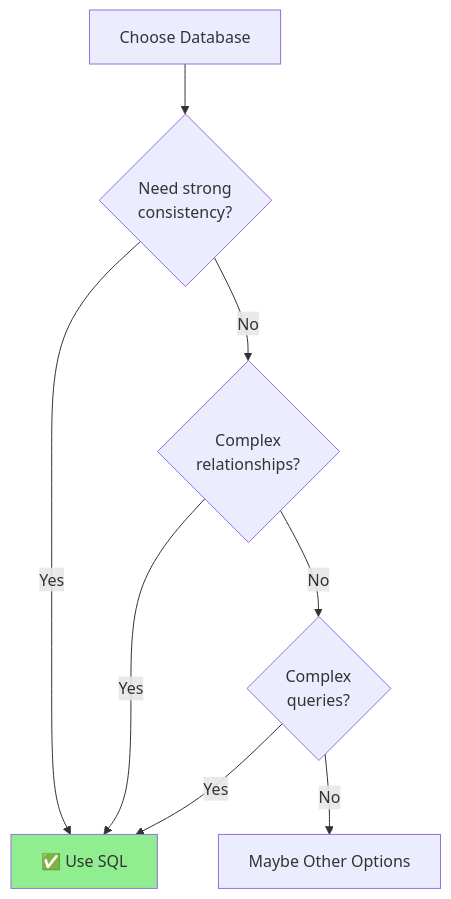
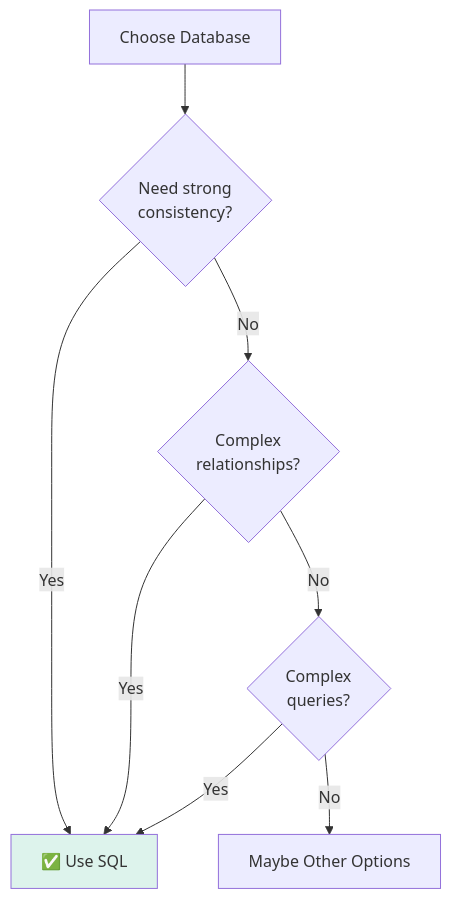
One commit to cartmancodes/InterviewVault changed the fourth of 27 diagrams in LLD/CoreConcepts/DataModelling.md. Above: the diagram before and after it, drawn with Mermaid. The commit also changed other lines of this file and 679 other files, not shown here.

Commit message:
Unify content diagrams and add accessible visual walkthroughs

````diff
--- a/LLD/CoreConcepts/DataModelling.md
+++ b/LLD/CoreConcepts/DataModelling.md
@@ -172,19 +172,19 @@
 ```mermaid
 flowchart TB
     START[Choose Database]
     Q1{Need strong<br/>consistency?}
     Q2{Complex<br/>relationships?}
     Q3{Complex<br/>queries?}
     SQL[✅ Use SQL]
     MAYBE[Maybe Other Options]
     
     START --> Q1
     Q1 -->|Yes| SQL
     Q1 -->|No| Q2
     Q2 -->|Yes| SQL
     Q2 -->|No| Q3
     Q3 -->|Yes| SQL
     Q3 -->|No| MAYBE
     
-    style SQL fill:#90EE90
+    style SQL fill:#DDF3EC
 ```
````
